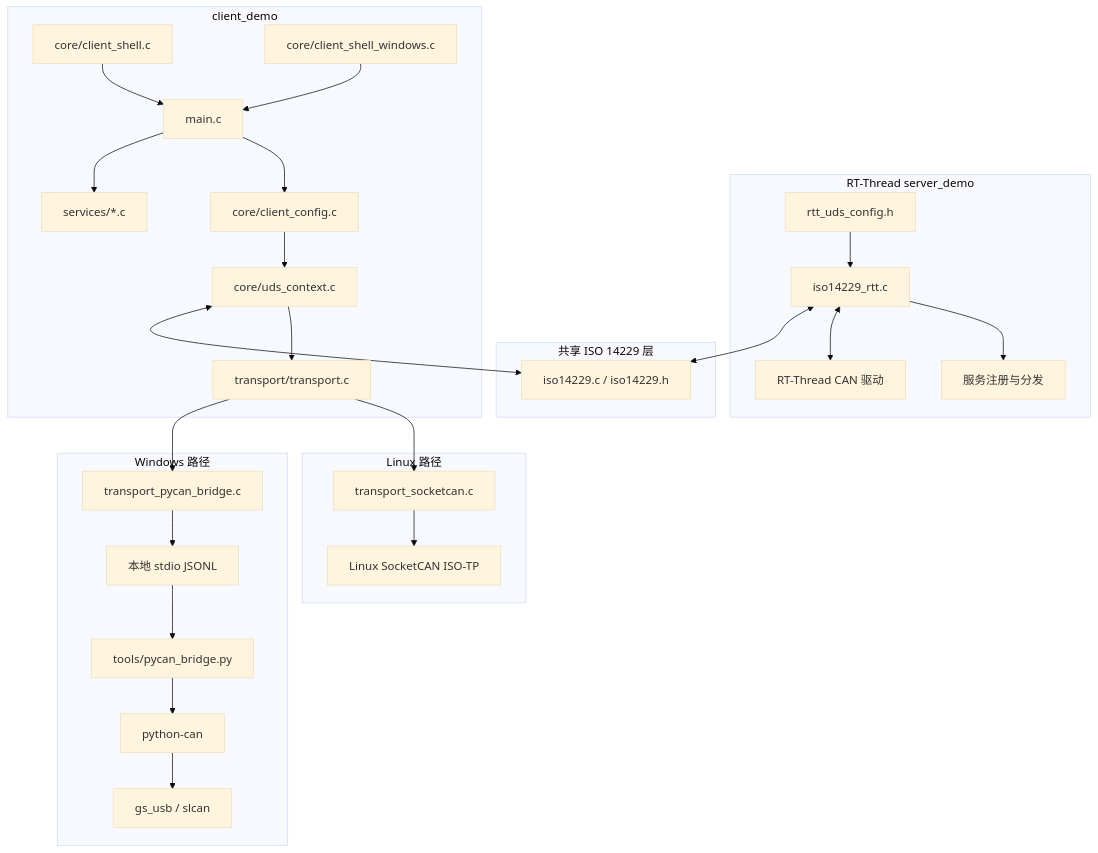
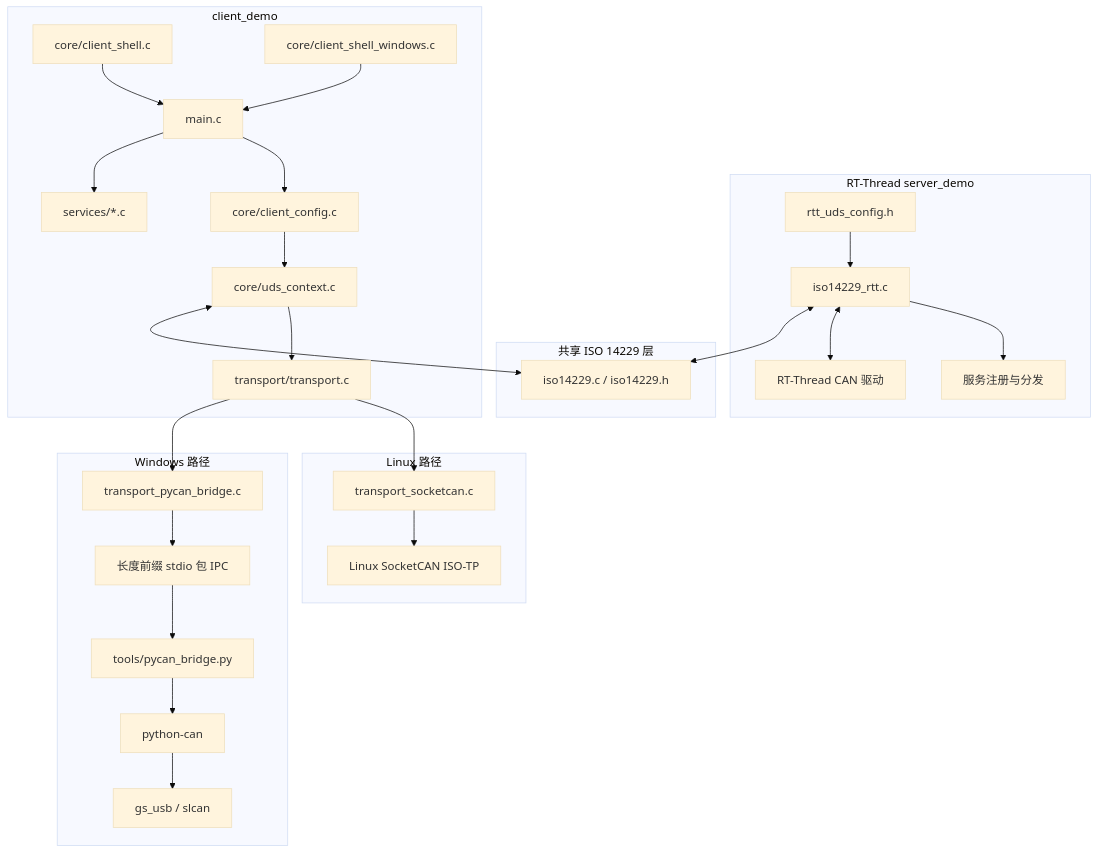
One commit to wdfk-prog/iso14229 changed the first of 5 diagrams in examples/rtt_server/docs/architecture.zh-CN.md. Above: the diagram before and after it, drawn with Mermaid (base theme). The commit also changed other lines of this file and 10 other files, not shown here.

````diff
--- a/examples/rtt_server/docs/architecture.zh-CN.md
+++ b/examples/rtt_server/docs/architecture.zh-CN.md
@@ -17,47 +17,47 @@
 ```mermaid
 flowchart TB
     subgraph Shared[共享 ISO 14229 层]
         ISO[iso14229.c / iso14229.h]
     end
 
     subgraph Server[RT-Thread server_demo]
         RTTCFG[rtt_uds_config.h]
         RTTENV[iso14229_rtt.c]
         RTTSVC[服务注册与分发]
         RTTCAN[RT-Thread CAN 驱动]
         RTTCFG --> RTTENV --> RTTSVC
         RTTENV <--> RTTCAN
         RTTENV <--> ISO
     end
 
     subgraph Client[client_demo]
         MAIN[main.c]
         CFG[core/client_config.c]
         CTX[core/uds_context.c]
         SRV[services/*.c]
         SHELLPOSIX[core/client_shell.c]
         SHELLWIN[core/client_shell_windows.c]
         TP[transport/transport.c]
         MAIN --> CFG --> CTX
         MAIN --> SRV
         CTX --> TP
         CTX <--> ISO
     end
 
     subgraph Linux[Linux 路径]
         TPLINUX[transport_socketcan.c]
         SOCKCAN[Linux SocketCAN ISO-TP]
         TP --> TPLINUX --> SOCKCAN
         SHELLPOSIX --> MAIN
     end
 
     subgraph Windows[Windows 路径]
         TPWIN[transport_pycan_bridge.c]
-        IPC[本地 stdio JSONL]
+        IPC[长度前缀 stdio 包 IPC]
         PY[tools/pycan_bridge.py]
         PYCAN[python-can]
         ADAPTER[gs_usb / slcan]
         TP --> TPWIN --> IPC --> PY --> PYCAN --> ADAPTER
         SHELLWIN --> MAIN
     end
 ```
````
